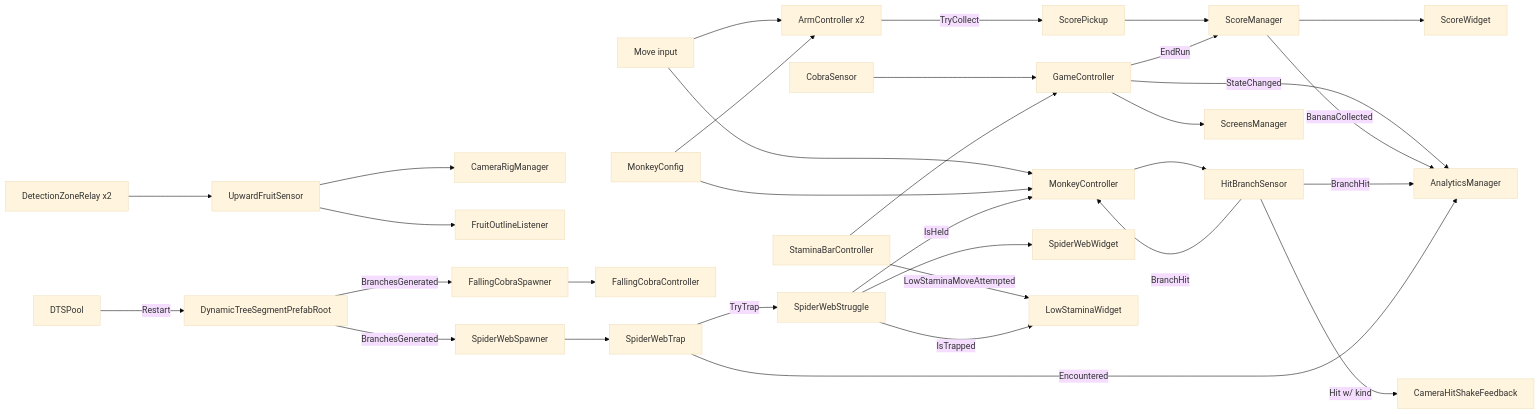
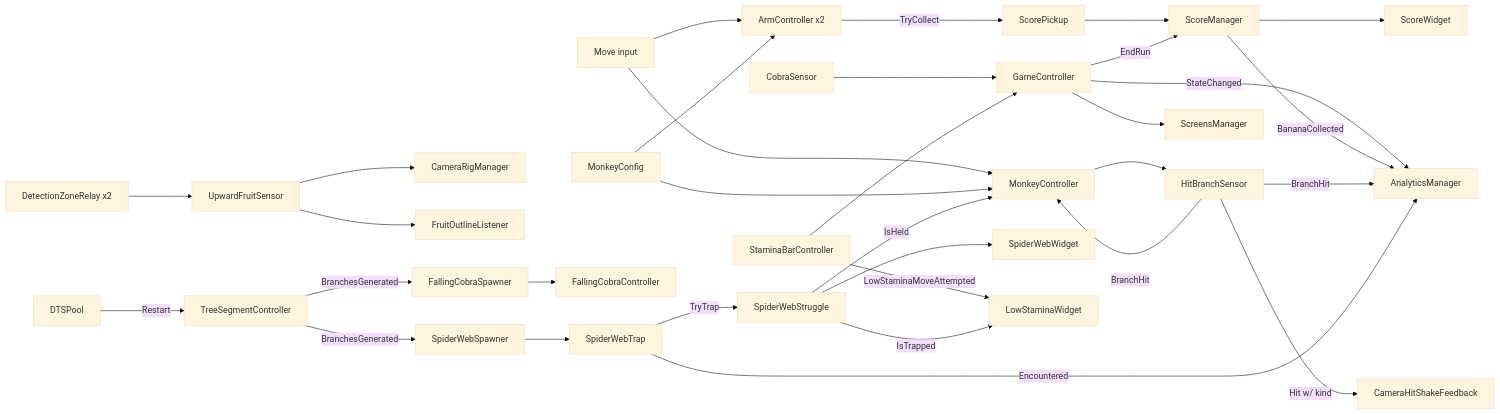
The diagram in CONTEXT.md (kami-lel/monkobra), drawn with Mermaid (base theme) before and after one commit. The commit also changed other lines of this file and 10 other files, not shown here.

First line of the commit message:
rename Root classes to Controller; no Root suffix remains

````diff
--- a/CONTEXT.md
+++ b/CONTEXT.md
@@ -62,34 +62,34 @@
 ```mermaid
 graph LR
   Input[Move input] --> Root[MonkeyController]
   Input --> Arm[ArmController x2]
   Cfg[MonkeyConfig] --> Root
   Cfg --> Arm
   Root --> Hit[HitBranchSensor]
   Hit -->|BranchHit| Root
   Hit -->|Hit w/ kind| Shake[CameraHitShakeFeedback]
   Zones[DetectionZoneRelay x2] --> Fruit[UpwardFruitSensor]
   Fruit --> Cam[CameraRigManager]
   Fruit --> Outline[FruitOutlineListener]
   Arm -->|TryCollect| Pickup[ScorePickup]
   Pickup --> Score[ScoreManager]
   Score --> ScoreUI[ScoreWidget]
   Cobra[CobraSensor] --> Game[GameController]
   Stamina[StaminaBarController] --> Game
   Game --> Screens[ScreensManager]
   Game -->|EndRun| Score
-  Pool[DTSPool] -->|Restart| Segment[DynamicTreeSegmentPrefabRoot]
+  Pool[DTSPool] -->|Restart| Segment[TreeSegmentController]
   Segment -->|BranchesGenerated| Spawner[SpiderWebSpawner]
   Segment -->|BranchesGenerated| CobraSpawner[FallingCobraSpawner]
   CobraSpawner --> FallCobra[FallingCobraController]
   Spawner --> Web[SpiderWebTrap]
   Web -->|TryTrap| Struggle[SpiderWebStruggle]
   Struggle -->|IsHeld| Root
   Struggle --> Prompt[SpiderWebWidget]
   Stamina -->|LowStaminaMoveAttempted| LowPrompt[LowStaminaWidget]
   Struggle -->|IsTrapped| LowPrompt
   Game -->|StateChanged| Analytics[AnalyticsManager]
   Score -->|BananaCollected| Analytics
   Hit -->|BranchHit| Analytics
   Web -->|Encountered| Analytics
 ```
````
